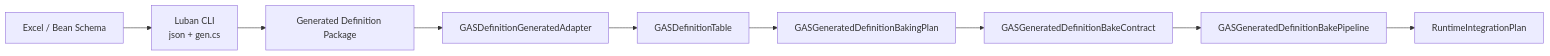
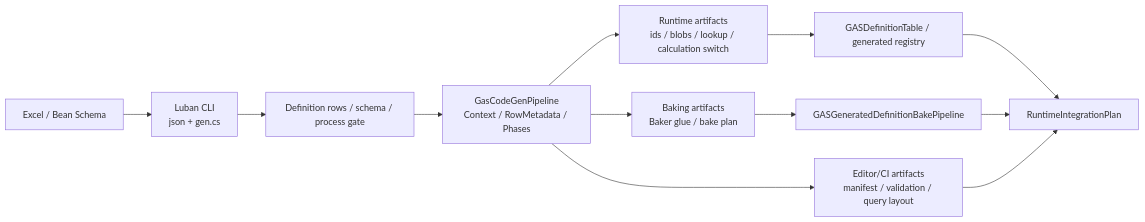
One commit to Bo-ki/gameplay-ability-system-for-unity changed the first of 3 diagrams in 方案讨论/针对2.0的ECS架构的迭代方案讨论/01-目标态架构共识/08-Luban-SourceGenerator配置生成链路Spec.md. Above: the diagram before and after it, drawn with Mermaid. The commit also changed other lines of this file and 151 other files, not shown here.

Commit message:
codegen: complete Luban SourceGenerator core pipeline

````diff
--- a/方案讨论/针对2.0的ECS架构的迭代方案讨论/01-目标态架构共识/08-Luban-SourceGenerator配置生成链路Spec.md
+++ b/方案讨论/针对2.0的ECS架构的迭代方案讨论/01-目标态架构共识/08-Luban-SourceGenerator配置生成链路Spec.md
@@ -9,11 +9,14 @@
 ```mermaid
 flowchart LR
     Excel["Excel / Bean Schema"] --> Luban["Luban CLI\njson + gen.cs"]
-    Luban --> Package["Generated Definition Package"]
-    Package --> Adapter["GASDefinitionGeneratedAdapter"]
-    Adapter --> Table["GASDefinitionTable"]
-    Table --> BakePlan["GASGeneratedDefinitionBakingPlan"]
-    BakePlan --> BakeContract["GASGeneratedDefinitionBakeContract"]
-    BakeContract --> BakePipeline["GASGeneratedDefinitionBakePipeline"]
-    BakePipeline --> Integration["RuntimeIntegrationPlan"]
+    Luban --> Rows["Definition rows / schema / process gate"]
+    Rows --> Pipeline["GasCodeGenPipeline\nContext / RowMetadata / Phases"]
+    Pipeline --> RuntimeArtifacts["Runtime artifacts\nids / blobs / lookup / calculation switch"]
+    Pipeline --> BakingArtifacts["Baking artifacts\nBaker glue / bake plan"]
+    Pipeline --> Reports["Editor/CI artifacts\nmanifest / validation / query layout"]
+    RuntimeArtifacts --> Table["GASDefinitionTable / generated registry"]
+    BakingArtifacts --> BakePipeline["GASGeneratedDefinitionBakePipeline"]
+    Table --> Integration["RuntimeIntegrationPlan"]
+    BakePipeline --> Integration
+    Reports --> Integration
 ```
````
